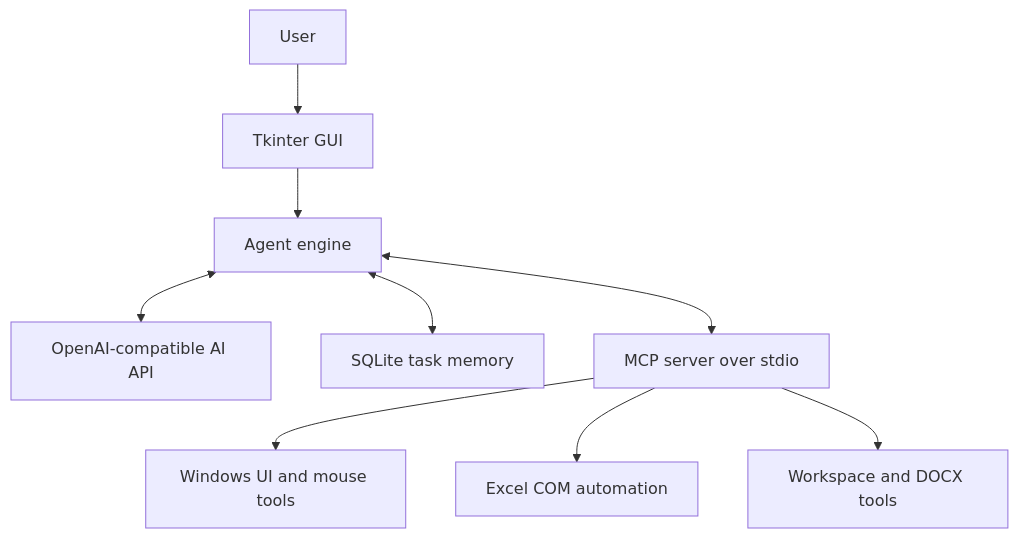
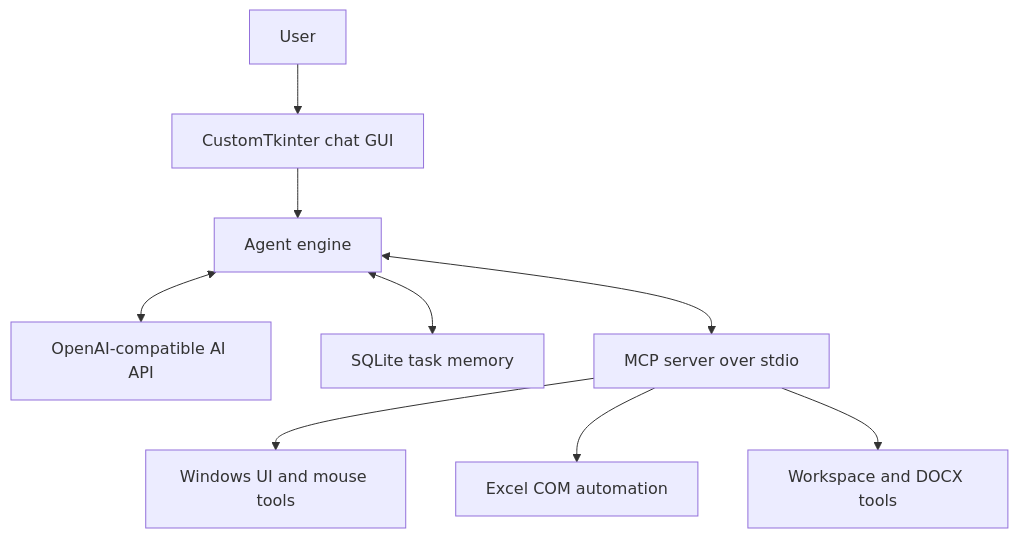
Before and after one commit to waynadah/KingMCP: the diagram in README.md, drawn with Mermaid. The commit also changed other lines of this file, not shown here.

````diff
--- a/README.md
+++ b/README.md
@@ -26,11 +31,11 @@
 ```mermaid
 flowchart TD
-    U[User] --> G[Tkinter GUI]
+    U[User] --> G[CustomTkinter chat GUI]
     G --> A[Agent engine]
     A <--> P[OpenAI-compatible AI API]
     A <--> M[SQLite task memory]
     A <--> S[MCP server over stdio]
     S --> W[Windows UI and mouse tools]
     S --> E[Excel COM automation]
     S --> F[Workspace and DOCX tools]
 ```
````
